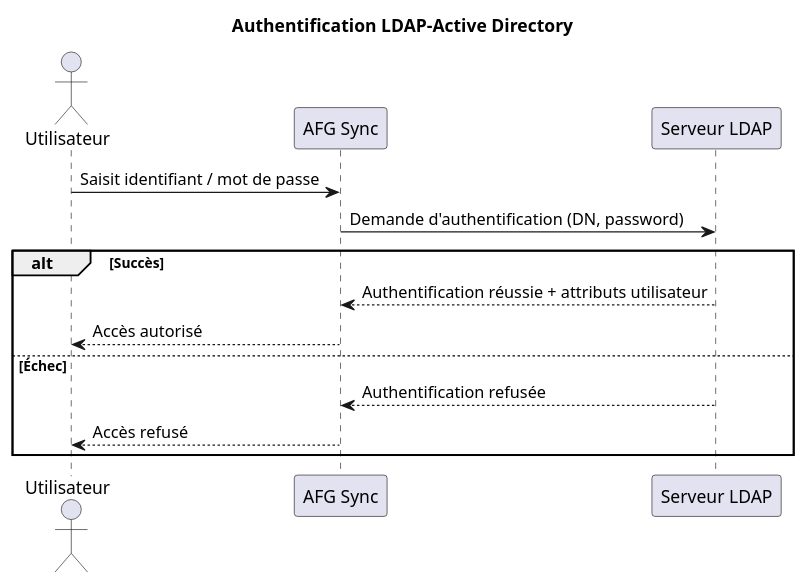
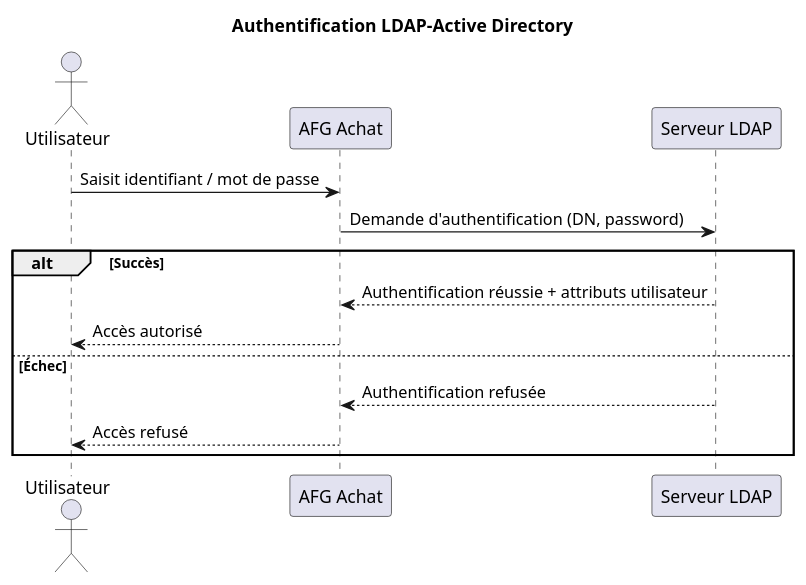
Before and after one commit to KaloinaRandria/AFG-approv-achat: the diagram in diagramme/LDAP.puml, drawn with PlantUML.

```diff
--- a/diagramme/LDAP.puml
+++ b/diagramme/LDAP.puml
@@ -1,21 +1,21 @@
 @startuml
 
 title Authentification LDAP-Active Directory
 
 actor Utilisateur
-participant "AFG Sync" as App
+participant "AFG Achat" as App
 participant "Serveur LDAP" as LDAP
 
 Utilisateur -> App : Saisit identifiant / mot de passe
 
 App -> LDAP : Demande d'authentification (DN, password)
 
 alt Succès
     LDAP --> App : Authentification réussie + attributs utilisateur
     App --> Utilisateur : Accès autorisé
 else Échec
     LDAP --> App : Authentification refusée
     App --> Utilisateur : Accès refusé
 end
 
 @enduml
```
